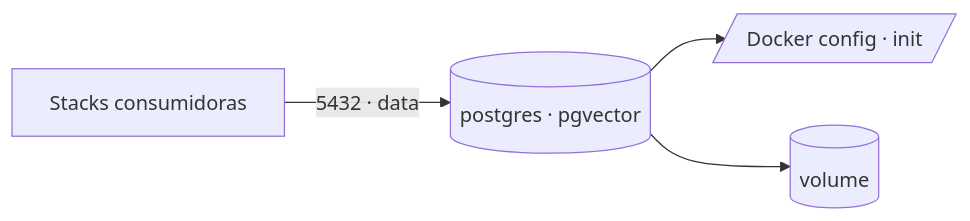
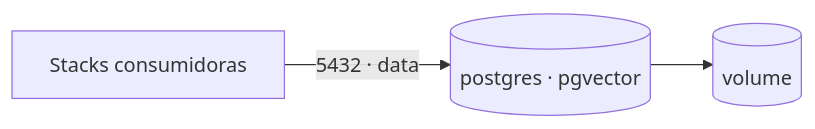
One commit to marcelofmatos/portainer-stacks changed the diagram in postgres-pgvector/README.md. Above: the diagram before and after it, drawn with Mermaid. The commit also changed other lines of this file and 3 other files, not shown here.

First line of the commit message:
postgres-pgvector: remove Docker config de init

````diff
--- a/postgres-pgvector/README.md
+++ b/postgres-pgvector/README.md
@@ -21,6 +21,5 @@
 ```mermaid
 flowchart LR
     apps[Stacks consumidoras] -->|5432 · data| postgres[(postgres · pgvector)]
-    postgres --> cfg[/Docker config · init/]
     postgres --> vol[(volume)]
 ```
````
